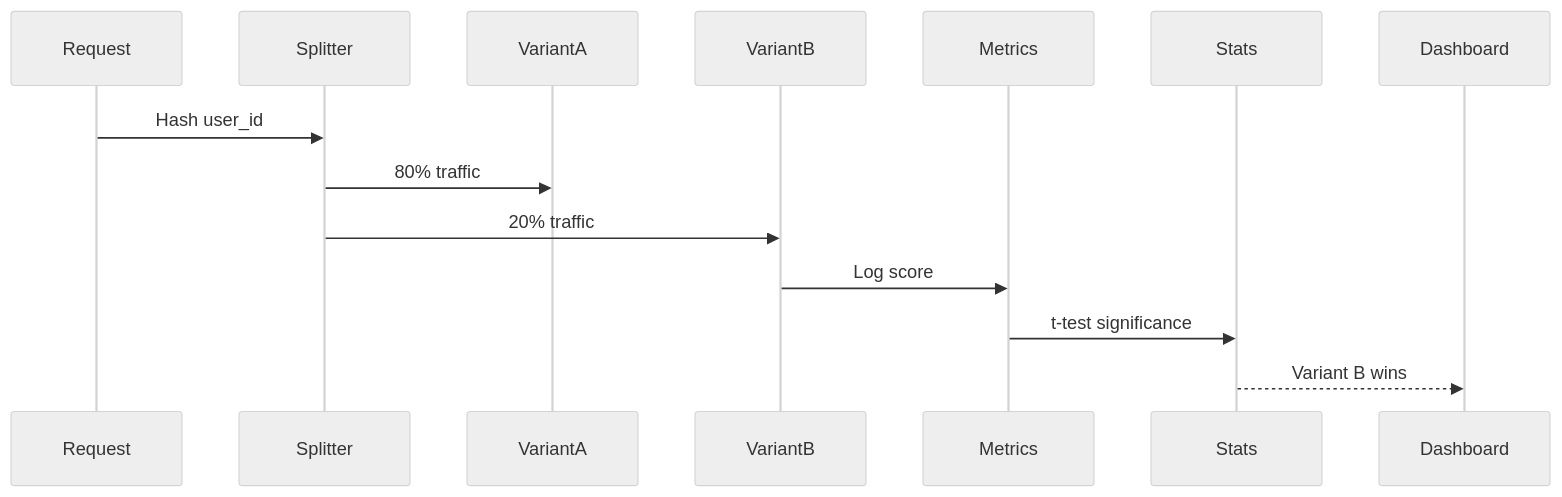
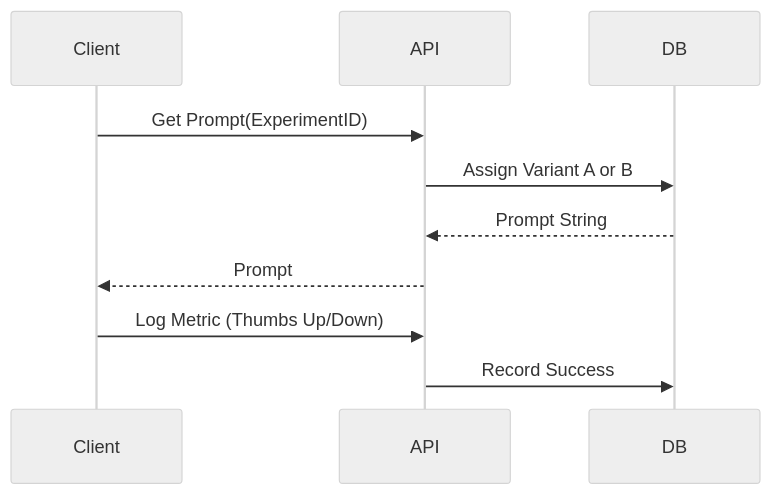
Before and after one commit to SumitDalavi/prompt-ab-testing-platform: the diagram in docs/architecture.md, drawn with Mermaid (neutral theme). The commit also changed other lines of this file and 1 other file, not shown here.

Commit message:
docs: implement detailed README and architecture docs

````diff
--- a/docs/architecture.md
+++ b/docs/architecture.md
@@ -6,9 +6,9 @@
 ```mermaid
 sequenceDiagram
-Request->>Splitter: Hash user_id
-Splitter->>VariantA: 80% traffic
-Splitter->>VariantB: 20% traffic
-VariantB->>Metrics: Log score
-Metrics->>Stats: t-test significance
-Stats-->>Dashboard: Variant B wins
+    Client->>API: Get Prompt(ExperimentID)
+API->>DB: Assign Variant A or B
+DB-->>API: Prompt String
+API-->>Client: Prompt
+Client->>API: Log Metric (Thumbs Up/Down)
+API->>DB: Record Success
 ```
````
